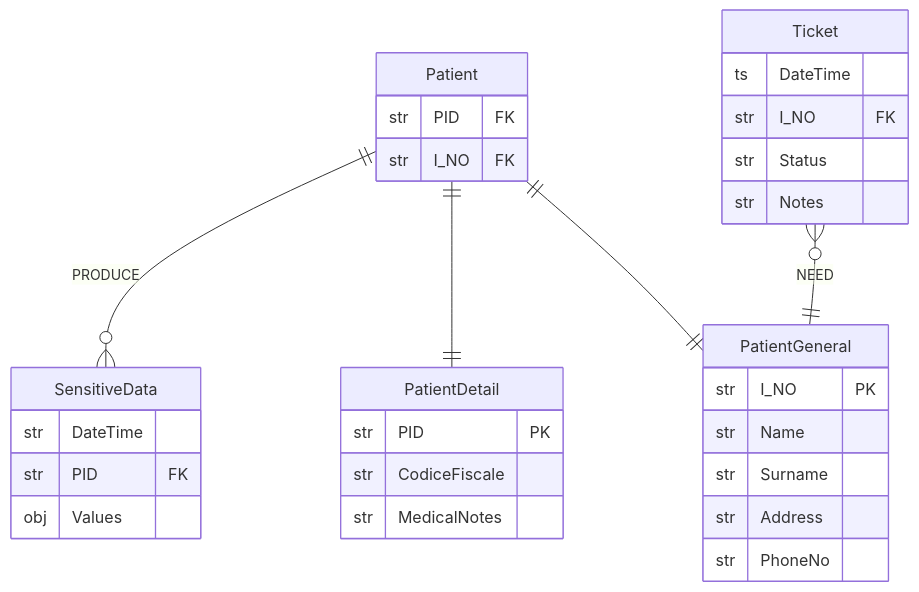
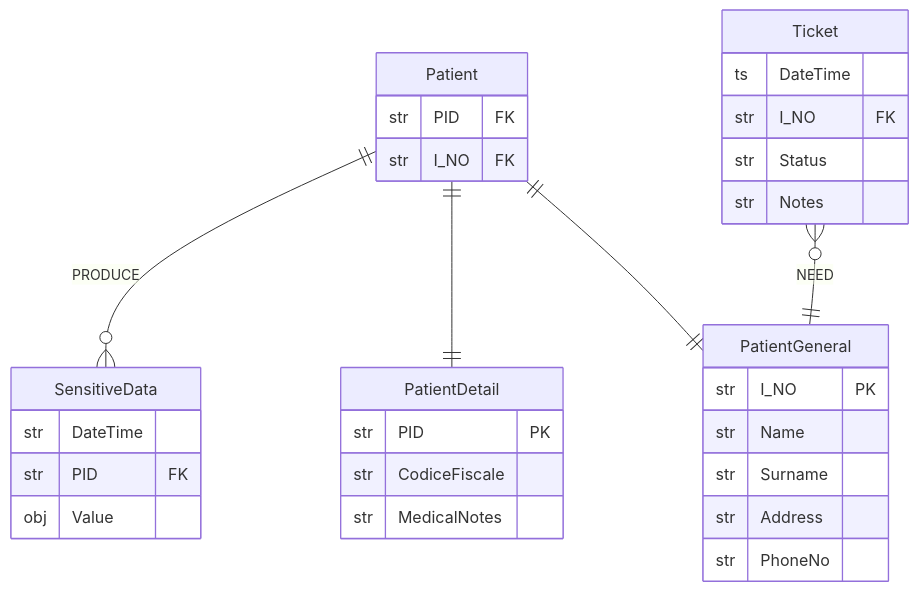
The third of 5 diagrams in model/readme.md (maffinyep/seranade-docs), drawn with Mermaid before and after one commit. The commit also changed other lines of this file and 3 other files, not shown here.

````diff
--- a/model/readme.md
+++ b/model/readme.md
@@ -80,34 +80,34 @@
 ```mermaid
 erDiagram
     SensitiveData {
         str DateTime
         str PID FK
-        obj Values
+        obj Value
     }
     Patient {
         str PID FK
         str I_NO FK
     }
     PatientDetail {
         str PID PK
         str CodiceFiscale
         str MedicalNotes
     }
     PatientGeneral {
         str I_NO PK
         str Name
         str Surname
         str Address
         str PhoneNo
     }
     Ticket {
         ts DateTime
         str I_NO FK
         str Status
         str Notes
     }
     Patient ||--o{ SensitiveData : "PRODUCE"
     Patient ||--|| PatientDetail : ""
     Patient ||--|| PatientGeneral : ""
     Ticket }o--|| PatientGeneral : "NEED"
 ```
````
